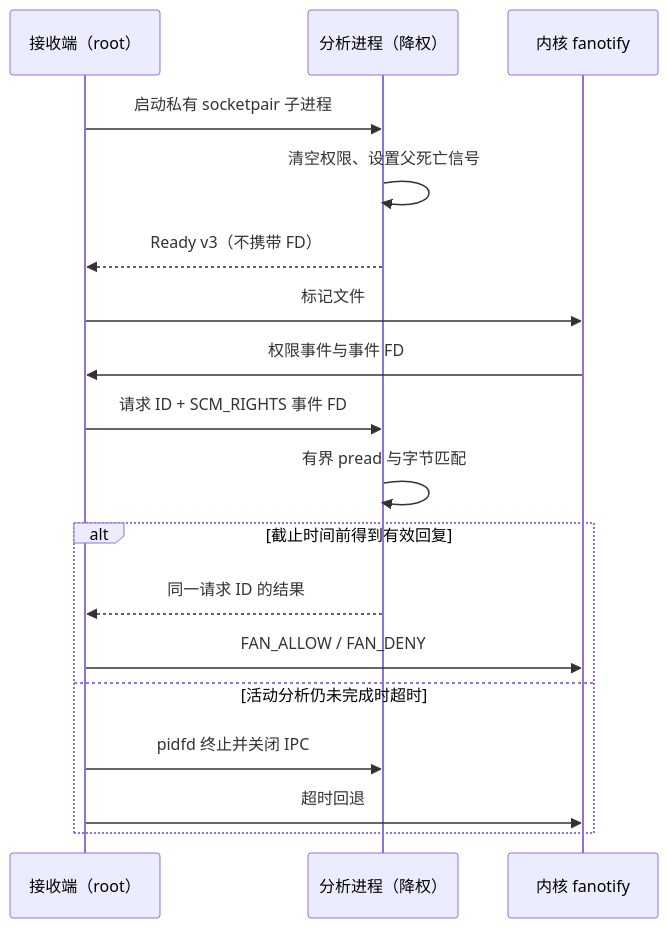
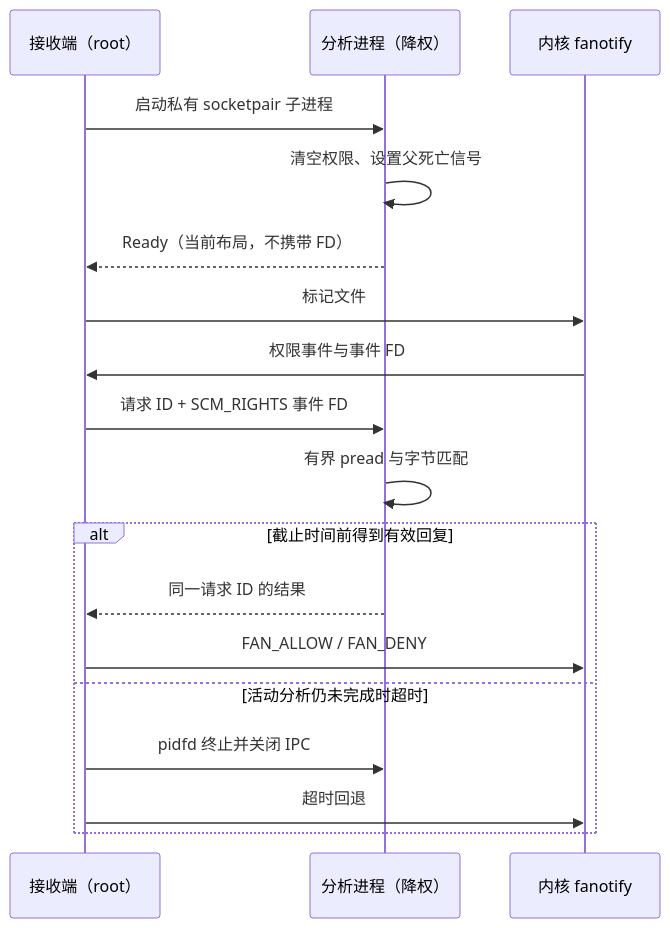
The diagram in docs/ANALYSIS_WORKER.md (once512/SysMon-eBPF), drawn with Mermaid before and after one commit. The commit also changed other lines of this file and 9 other files, not shown here.

````diff
--- a/docs/ANALYSIS_WORKER.md
+++ b/docs/ANALYSIS_WORKER.md
@@ -58,20 +58,20 @@
 ```mermaid
 sequenceDiagram
     participant G as 接收端（root）
     participant W as 分析进程（降权）
     participant K as 内核 fanotify
     G->>W: 启动私有 socketpair 子进程
     W->>W: 清空权限、设置父死亡信号
-    W-->>G: Ready v3（不携带 FD）
+    W-->>G: Ready（当前布局，不携带 FD）
     G->>K: 标记文件
     K->>G: 权限事件与事件 FD
     G->>W: 请求 ID + SCM_RIGHTS 事件 FD
     W->>W: 有界 pread 与字节匹配
     alt 截止时间前得到有效回复
         W-->>G: 同一请求 ID 的结果
         G->>K: FAN_ALLOW / FAN_DENY
     else 活动分析仍未完成时超时
         G->>W: pidfd 终止并关闭 IPC
         G->>K: 超时回退
     end
 ```
````
